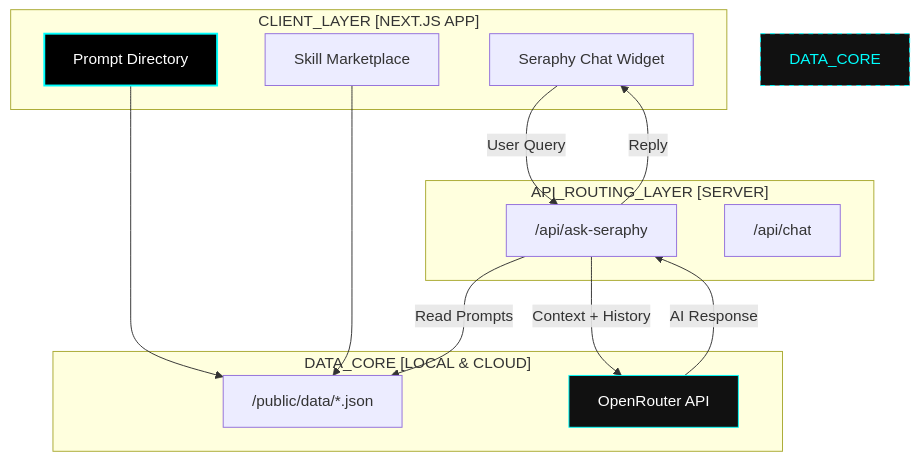
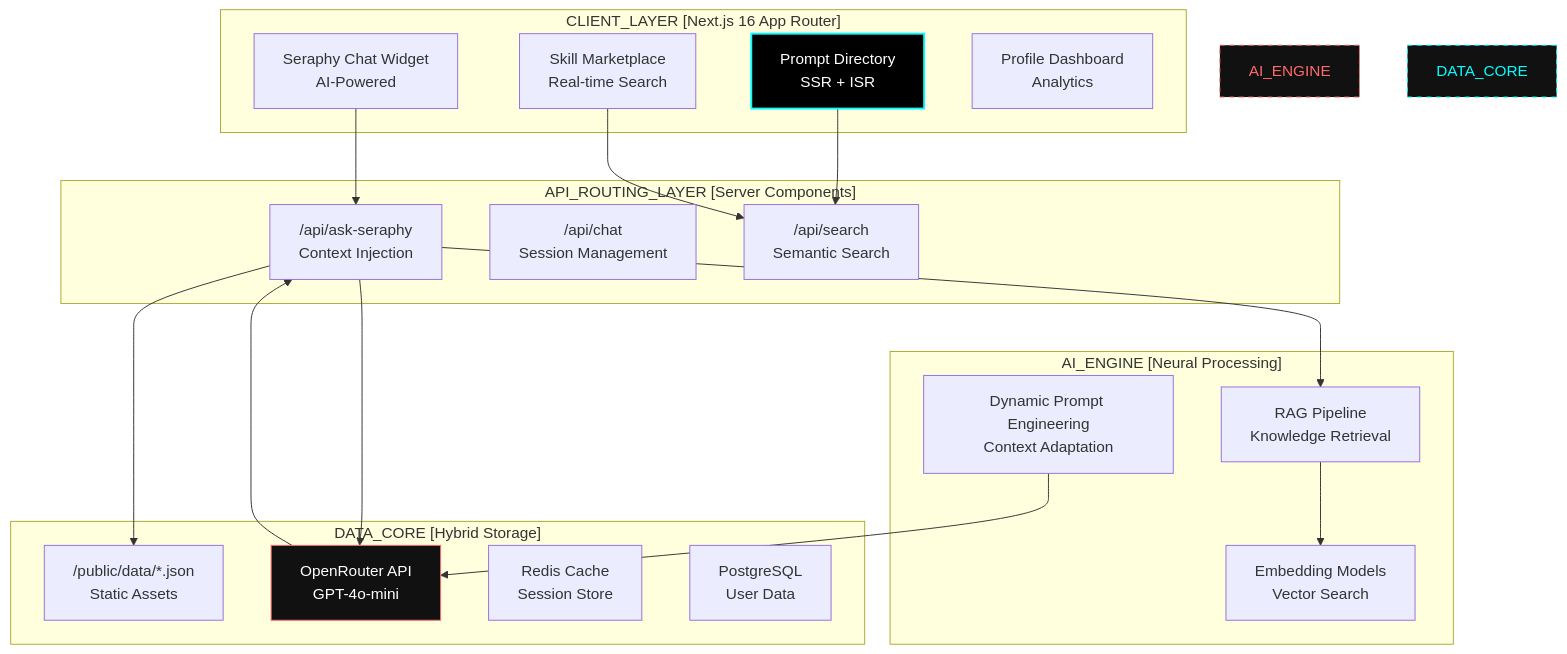
The diagram in README.md (omnimasudo/SeraphyAgent), drawn with Mermaid before and after one commit. The commit also changed other lines of this file and 1 other file, not shown here.

Commit message:
feat: enhance PromptmastersClient with improved search, ranking display, and pagination

````diff
--- a/README.md
+++ b/README.md
@@ -33,32 +46,44 @@
 ```mermaid
-graph TD
-    subgraph "CLIENT_LAYER [NEXT.JS APP]"
-        UI["Prompt Directory"]
-        SK["Skill Marketplace"]
-        CW["Seraphy Chat Widget"]
+graph TB
+    subgraph "CLIENT_LAYER [Next.js 16 App Router]"
+        UI[Prompt Directory<br/>SSR + ISR]
+        SK[Skill Marketplace<br/>Real-time Search]
+        CW[Seraphy Chat Widget<br/>AI-Powered]
+        PD[Profile Dashboard<br/>Analytics]
     end
 
-    subgraph "API_ROUTING_LAYER [SERVER]"
-        API_ASK["/api/ask-seraphy"]
-        API_CHAT["/api/chat"]
+    subgraph "API_ROUTING_LAYER [Server Components]"
+        API_ASK["/api/ask-seraphy<br/>Context Injection"]
+        API_CHAT["/api/chat<br/>Session Management"]
+        API_SEARCH["/api/search<br/>Semantic Search"]
     end
 
-    subgraph "DATA_CORE [LOCAL & CLOUD]"
-        JSON["/public/data/*.json"]
-        OR["OpenRouter API"]
+    subgraph "DATA_CORE [Hybrid Storage]"
+        JSON["/public/data/*.json<br/>Static Assets"]
+        OR["OpenRouter API<br/>GPT-4o-mini"]
+        REDIS["Redis Cache<br/>Session Store"]
+        PG["PostgreSQL<br/>User Data"]
     end
 
-    UI --> JSON
-    SK --> JSON
-    
-    CW -- "User Query" --> API_ASK
-    API_ASK -- "Context + History" --> OR
-    API_ASK -- "Read Prompts" --> JSON
+    subgraph "AI_ENGINE [Neural Processing]"
+        EMB["Embedding Models<br/>Vector Search"]
+        RAG["RAG Pipeline<br/>Knowledge Retrieval"]
+        PROMPT["Dynamic Prompt Engineering<br/>Context Adaptation"]
+    end
 
-    OR -- "AI Response" --> API_ASK
-    API_ASK -- "Reply" --> CW
+    UI --> API_SEARCH
+    SK --> API_SEARCH
+    CW --> API_ASK
+    API_ASK --> OR
+    API_ASK --> JSON
+    API_ASK --> RAG
+
+    OR --> API_ASK
+    RAG --> EMB
+    PROMPT --> OR
 
     style UI fill:#000,stroke:#00ffff,stroke-width:2px,color:#fff
+    style AI_ENGINE fill:#111,stroke:#ff6b6b,stroke-dasharray: 5 5,color:#ff6b6b
     style DATA_CORE fill:#111,stroke:#00ffff,stroke-dasharray: 5 5,color:#00ffff
-    style OR fill:#111,stroke:#00ffff,color:#fff
+    style OR fill:#111,stroke:#ff6b6b,color:#fff
 ```
````
